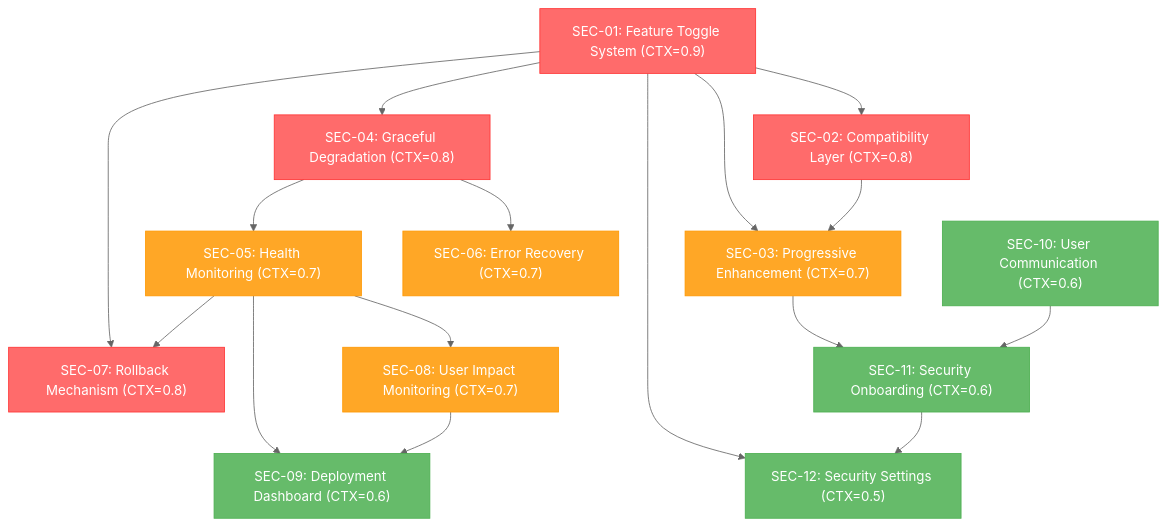
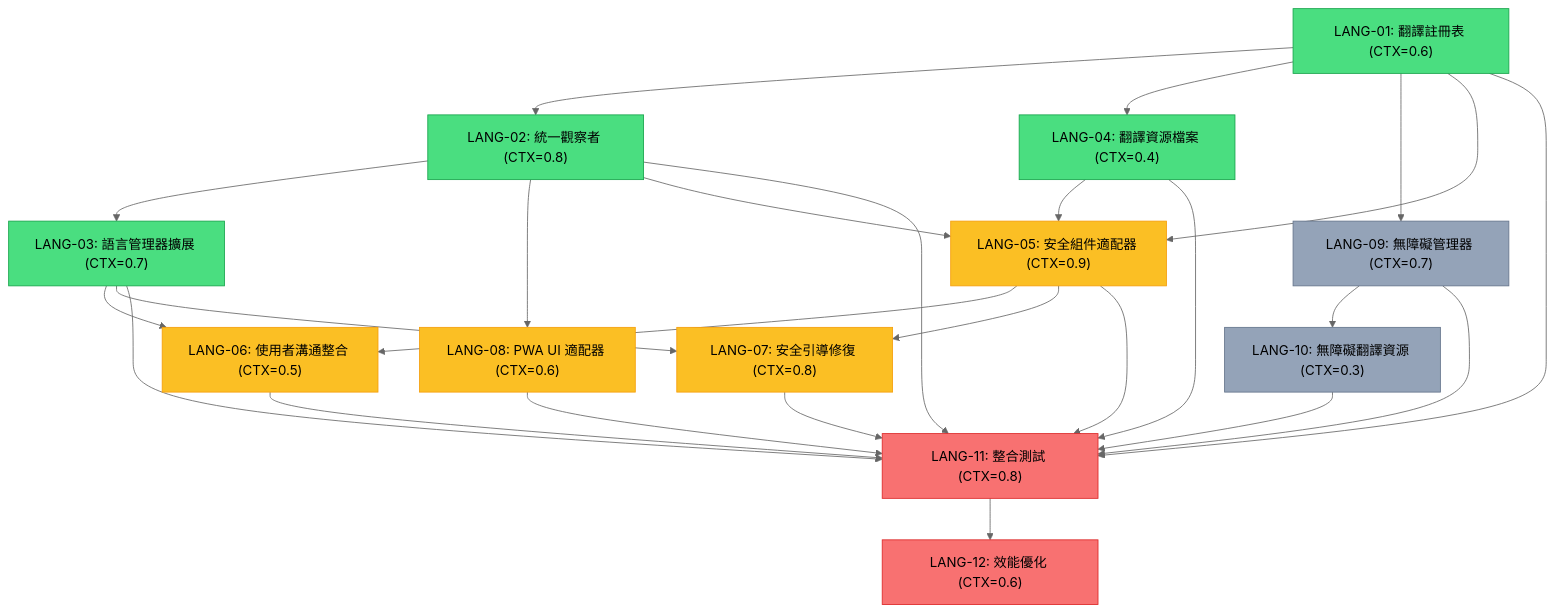
Before and after one commit to iim0663418/DB-Card: the diagram in docs/tasks.md, drawn with Mermaid (neutral theme). The commit also changed other lines of this file and 18 other files, not shown here.

````diff
--- a/docs/tasks.md
+++ b/docs/tasks.md
@@ -111,30 +85,44 @@
 ```mermaid
 graph TD
-    SEC-01["SEC-01: Feature Toggle System (CTX=0.9)"] --> SEC-02["SEC-02: Compatibility Layer (CTX=0.8)"]
-    SEC-01 --> SEC-03["SEC-03: Progressive Enhancement (CTX=0.7)"]
-    SEC-01 --> SEC-07["SEC-07: Rollback Mechanism (CTX=0.8)"]
-    SEC-01 --> SEC-12["SEC-12: Security Settings (CTX=0.5)"]
+    LANG-01["LANG-01: 翻譯註冊表 (CTX=0.6)"] --> LANG-02["LANG-02: 統一觀察者 (CTX=0.8)"]
+    LANG-01 --> LANG-04["LANG-04: 翻譯資源檔案 (CTX=0.4)"]
+    LANG-01 --> LANG-09["LANG-09: 無障礙管理器 (CTX=0.7)"]
     
-    SEC-02 --> SEC-03
-    SEC-03 --> SEC-11["SEC-11: Security Onboarding (CTX=0.6)"]
+    LANG-02 --> LANG-03["LANG-03: 語言管理器擴展 (CTX=0.7)"]
+    LANG-02 --> LANG-08["LANG-08: PWA UI 適配器 (CTX=0.6)"]
     
-    SEC-01 --> SEC-04["SEC-04: Graceful Degradation (CTX=0.8)"]
-    SEC-04 --> SEC-05["SEC-05: Health Monitoring (CTX=0.7)"]
-    SEC-04 --> SEC-06["SEC-06: Error Recovery (CTX=0.7)"]
+    LANG-01 --> LANG-05["LANG-05: 安全組件適配器 (CTX=0.9)"]
+    LANG-02 --> LANG-05
+    LANG-04 --> LANG-05
     
-    SEC-05 --> SEC-07
-    SEC-05 --> SEC-08["SEC-08: User Impact Monitoring (CTX=0.7)"]
-    SEC-05 --> SEC-09["SEC-09: Deployment Dashboard (CTX=0.6)"]
+    LANG-03 --> LANG-06["LANG-06: 使用者溝通整合 (CTX=0.5)"]
+    LANG-05 --> LANG-06
     
-    SEC-08 --> SEC-09
-    SEC-10["SEC-10: User Communication (CTX=0.6)"] --> SEC-11
-    SEC-11 --> SEC-12
+    LANG-03 --> LANG-07["LANG-07: 安全引導修復 (CTX=0.8)"]
+    LANG-05 --> LANG-07
     
-    classDef critical fill:#ff6b6b,stroke:#ff3333,color:#fff
-    classDef major fill:#ffa726,stroke:#ff9800,color:#fff
-    classDef medium fill:#66bb6a,stroke:#4caf50,color:#fff
+    LANG-09 --> LANG-10["LANG-10: 無障礙翻譯資源 (CTX=0.3)"]
     
-    class SEC-01,SEC-02,SEC-04,SEC-07 critical
-    class SEC-03,SEC-05,SEC-06,SEC-08 major
-    class SEC-09,SEC-10,SEC-11,SEC-12 medium
+    LANG-01 --> LANG-11["LANG-11: 整合測試 (CTX=0.8)"]
+    LANG-02 --> LANG-11
+    LANG-03 --> LANG-11
+    LANG-04 --> LANG-11
+    LANG-05 --> LANG-11
+    LANG-06 --> LANG-11
+    LANG-07 --> LANG-11
+    LANG-08 --> LANG-11
+    LANG-09 --> LANG-11
+    LANG-10 --> LANG-11
+    
+    LANG-11 --> LANG-12["LANG-12: 效能優化 (CTX=0.6)"]
+    
+    classDef phase1 fill:#4ade80,stroke:#16a34a,color:#000
+    classDef phase2 fill:#fbbf24,stroke:#f59e0b,color:#000
+    classDef phase3 fill:#94a3b8,stroke:#64748b,color:#000
+    classDef phase4 fill:#f87171,stroke:#dc2626,color:#000
+    
+    class LANG-01,LANG-02,LANG-03,LANG-04 phase1
+    class LANG-05,LANG-06,LANG-07,LANG-08 phase2
+    class LANG-09,LANG-10 phase3
+    class LANG-11,LANG-12 phase4
 ```
````
